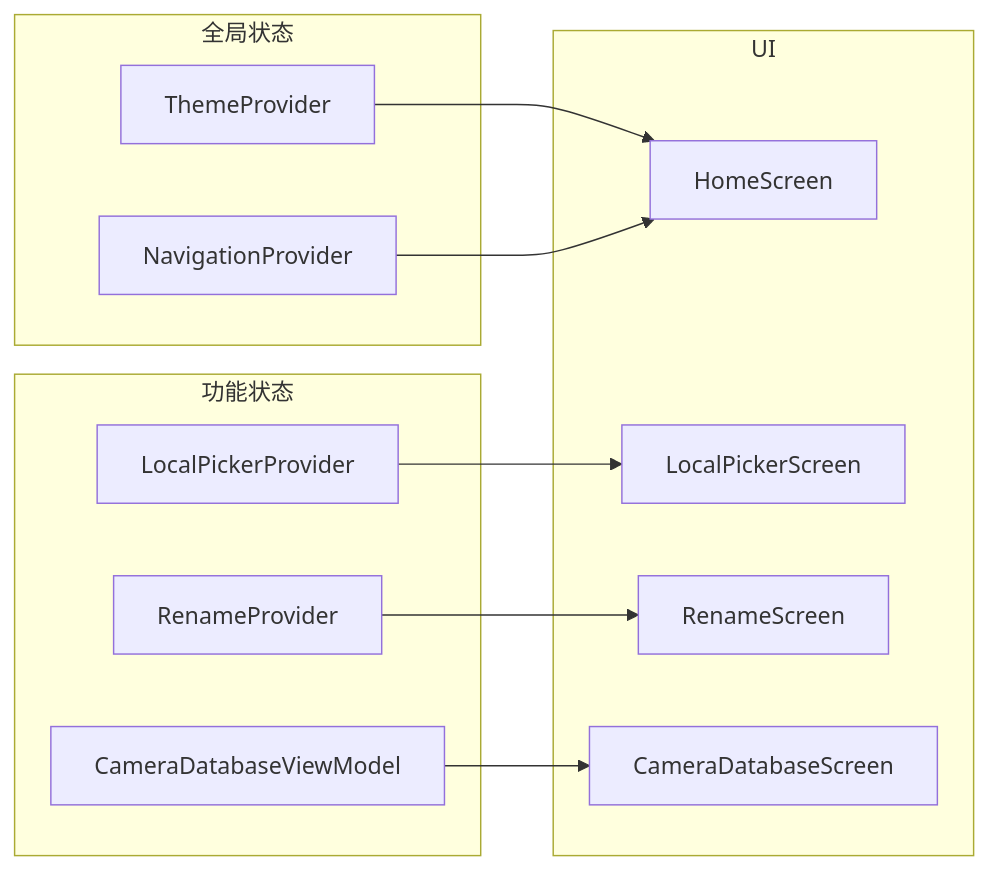
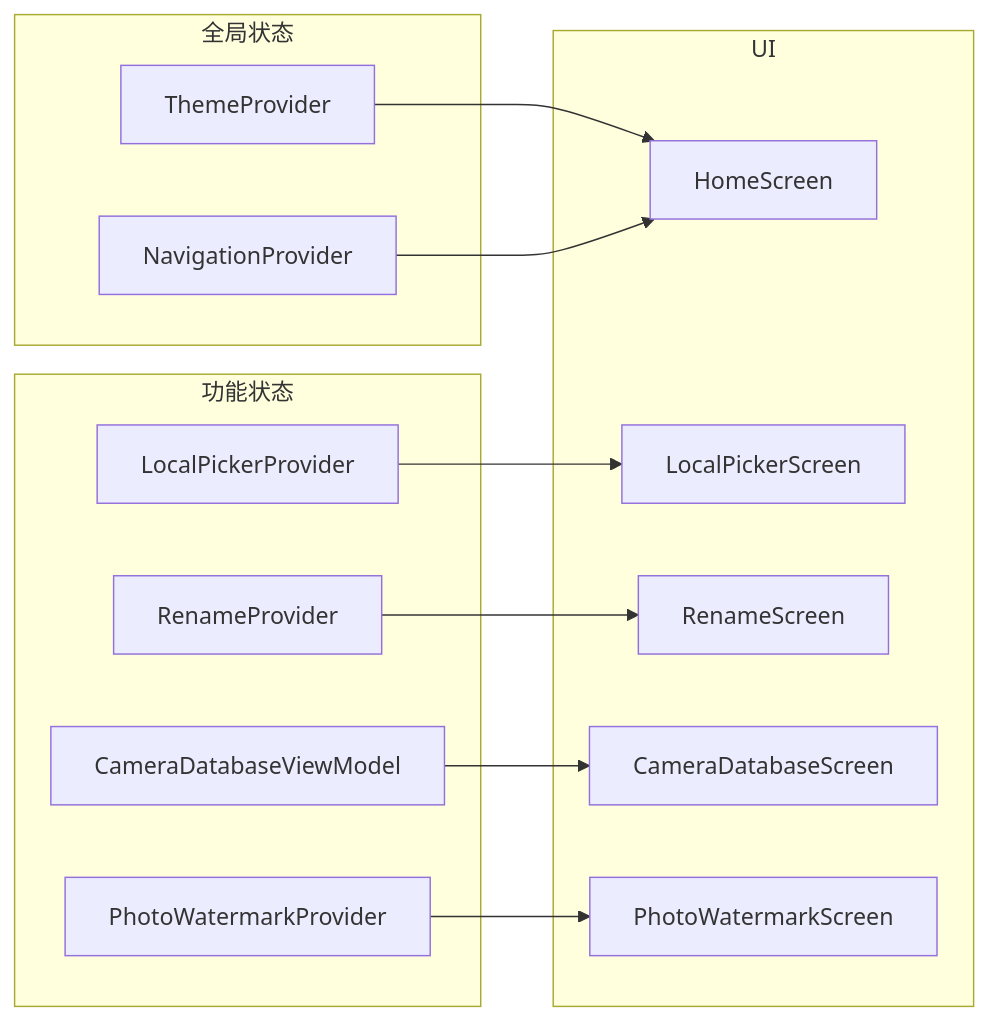
Before and after one commit to OldSuns/Camera_Toolbox: the second of 5 diagrams in README.md, drawn with Mermaid. The commit also changed other lines of this file, not shown here.

````diff
--- a/README.md
+++ b/README.md
@@ -102,26 +105,29 @@
 ```mermaid
 graph LR
     subgraph "全局状态"
         A["ThemeProvider"]
         B["NavigationProvider"]
     end
 
     subgraph "功能状态"
         C["LocalPickerProvider"]
         D["RenameProvider"]
         E["CameraDatabaseViewModel"]
+        F["PhotoWatermarkProvider"]
     end
 
     subgraph "UI"
-        F["HomeScreen"]
-        G["LocalPickerScreen"]
-        H["RenameScreen"]
-        I["CameraDatabaseScreen"]
+        G["HomeScreen"]
+        H["LocalPickerScreen"]
+        I["RenameScreen"]
+        J["CameraDatabaseScreen"]
+        K["PhotoWatermarkScreen"]
     end
 
-    A --> F
-    B --> F
-    C --> G
-    D --> H
-    E --> I
+    A --> G
+    B --> G
+    C --> H
+    D --> I
+    E --> J
+    F --> K
 ```
````
